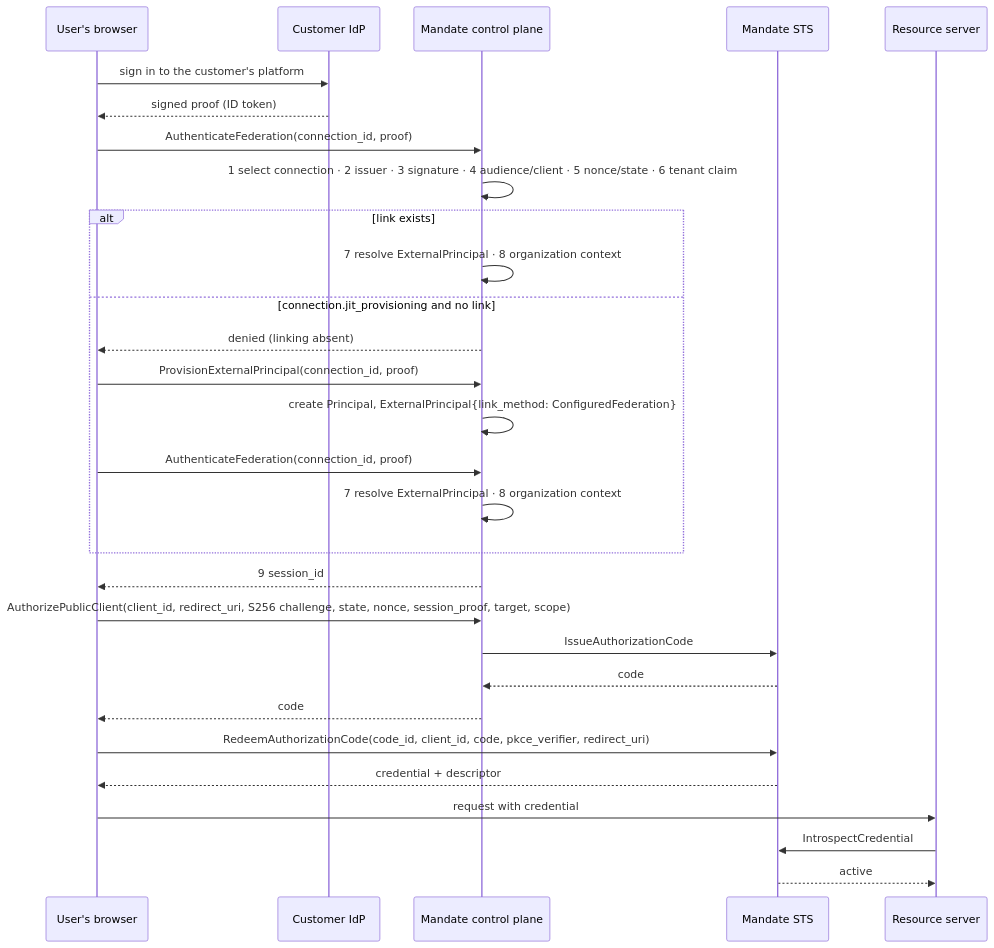
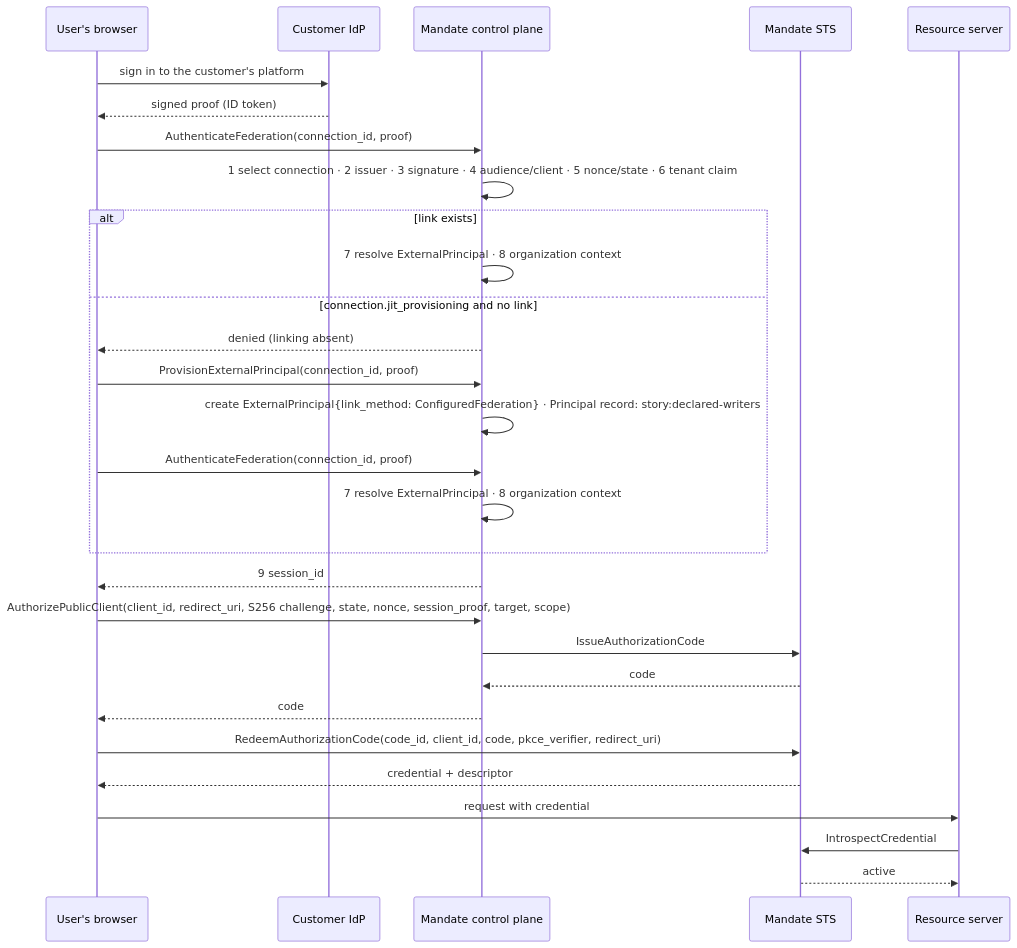
The first of 2 diagrams in docs/architecture/federated-login.md (beyond10x/mandate), drawn with Mermaid before and after one commit. The commit also changed other lines of this file and 11 other files, not shown here.

````diff
--- a/docs/architecture/federated-login.md
+++ b/docs/architecture/federated-login.md
@@ -13,31 +13,31 @@
 ```mermaid
 sequenceDiagram
   participant U as User's browser
   participant IdP as Customer IdP
   participant CP as Mandate control plane
   participant STS as Mandate STS
   participant RS as Resource server
   U->>IdP: sign in to the customer's platform
   IdP-->>U: signed proof (ID token)
   U->>CP: AuthenticateFederation(connection_id, proof)
   CP->>CP: 1 select connection · 2 issuer · 3 signature · 4 audience/client · 5 nonce/state · 6 tenant claim
   alt link exists
     CP->>CP: 7 resolve ExternalPrincipal · 8 organization context
   else connection.jit_provisioning and no link
     CP-->>U: denied (linking absent)
     U->>CP: ProvisionExternalPrincipal(connection_id, proof)
-    CP->>CP: create Principal, ExternalPrincipal{link_method: ConfiguredFederation}
+    CP->>CP: create ExternalPrincipal{link_method: ConfiguredFederation} · Principal record: story:declared-writers
     U->>CP: AuthenticateFederation(connection_id, proof)
     CP->>CP: 7 resolve ExternalPrincipal · 8 organization context
   end
   CP-->>U: 9 session_id
   U->>CP: AuthorizePublicClient(client_id, redirect_uri, S256 challenge, state, nonce, session_proof, target, scope)
   CP->>STS: IssueAuthorizationCode
   STS-->>CP: code
   CP-->>U: code
   U->>STS: RedeemAuthorizationCode(code_id, client_id, code, pkce_verifier, redirect_uri)
   STS-->>U: credential + descriptor
   U->>RS: request with credential
   RS->>STS: IntrospectCredential
   STS-->>RS: active
 ```
````
